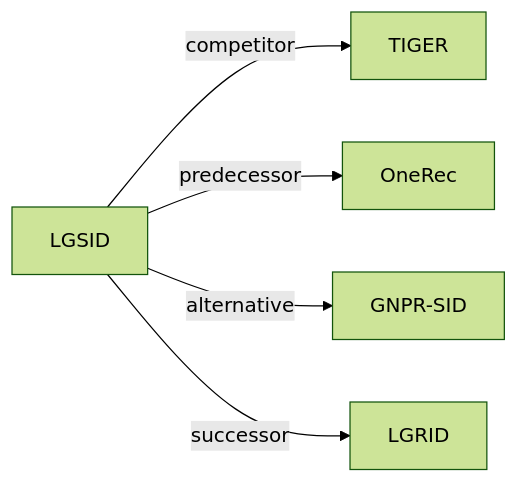
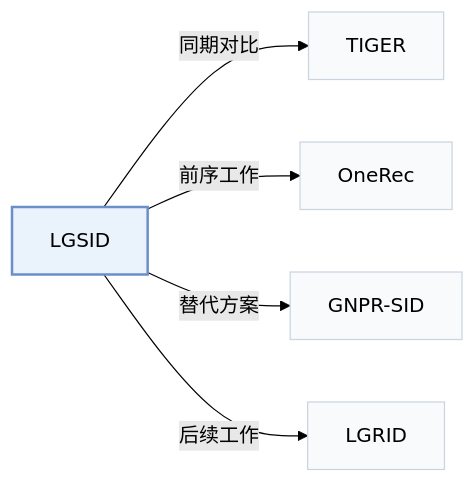
One commit to Galaxy-ghost/Awesome-SID-Generative-Rec changed the third of 3 diagrams in pages/zh/papers/lgsid.md. Above: the diagram before and after it, drawn with Mermaid (forest theme). The commit also changed other lines of this file and 649 other files, not shown here.

Commit message:
writer-05: also tags and modality index (schema, check, build, visuals); summary field removed; calibration data for 12 papers

````diff
--- a/pages/zh/papers/lgsid.md
+++ b/pages/zh/papers/lgsid.md
@@ -127,8 +138,12 @@
 ```mermaid
 flowchart LR
     P["LGSID"]
-    P -->|competitor| A["TIGER"]
-    P -->|predecessor| B["OneRec"]
-    P -->|alternative| C["GNPR-SID"]
-    P -->|successor| D["LGRID"]
+    P -->|"同期对比"| A["TIGER"]
+    P -->|"前序工作"| B["OneRec"]
+    P -->|"替代方案"| C["GNPR-SID"]
+    P -->|"后续工作"| D["LGRID"]
+    classDef main fill:#eaf2fb,stroke:#6b8fc7,stroke-width:2px
+    classDef peer fill:#f8fafc,stroke:#cbd5e1
+    class P main
+    class A,B,C,D peer
 ```
````
